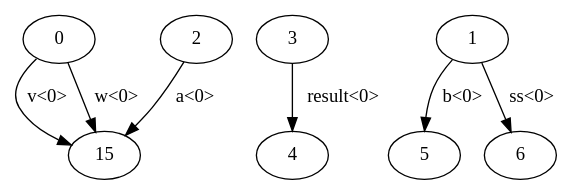
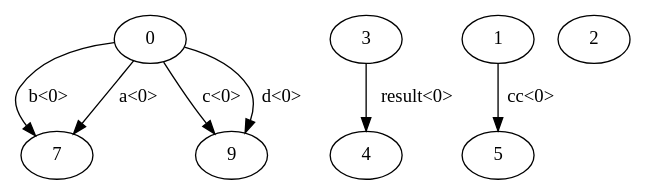
Before and after one commit to varivera/aliasing-java: the diagram in AliasingImpl/source/test.dot, drawn with Graphviz. The commit also changed 6 other files, not shown here.

```diff
--- a/AliasingImpl/source/test.dot
+++ b/AliasingImpl/source/test.dot
@@ -1,17 +1,16 @@
 digraph G {
-n0->n15 [label="v<0>"]
-n0->n15 [label="w<0>"]
+n0->n7 [label="b<0>"]
+n0->n9 [label="c<0>"]
+n0->n9 [label="d<0>"]
+n0->n7 [label="a<0>"]
 n0[label="0"]
-n15[label="15"]
+n7[label="7"]
+n9[label="9"]
 n3->n4 [label="result<0>"]
 n3[label="3"]
 n4[label="4"]
-n1->n5 [label="b<0>"]
-n1->n6 [label="ss<0>"]
+n1->n5 [label="cc<0>"]
 n1[label="1"]
 n5[label="5"]
-n6[label="6"]
-n2->n15 [label="a<0>"]
-n15[label="15"]
 n2[label="2"]
 }
```
